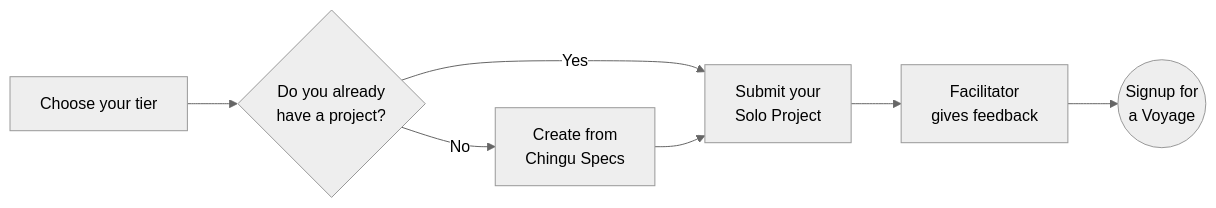
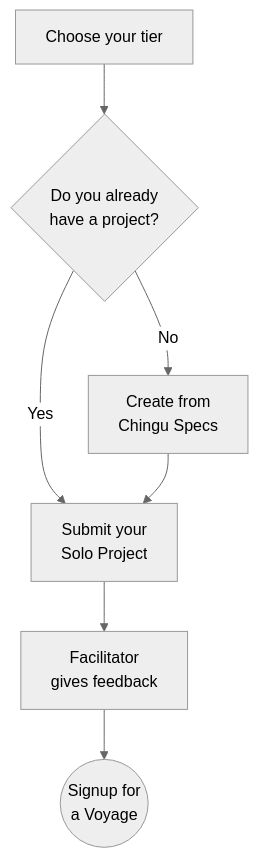
Before and after one commit to chingu-voyages/Handbook: the second of 2 diagrams in docs/gettingstarted/whattodofirst.md, drawn with Mermaid (neutral theme).

Commit message:
Feature: Convert Solo Project flowchart to vertical format

````diff
--- a/docs/gettingstarted/whattodofirst.md
+++ b/docs/gettingstarted/whattodofirst.md
@@ -63,9 +63,9 @@
 ```mermaid
-graph LR
+graph TB
     A[Choose your tier] --> B{Do you already\nhave a project?}
     B -- Yes --> C[Submit your\nSolo Project]
     B -- No --> D[Create from\nChingu Specs]
     D --> C
     C --> E[Facilitator\ngives feedback]
     E --> F((Signup for\na Voyage))
 ```
````
